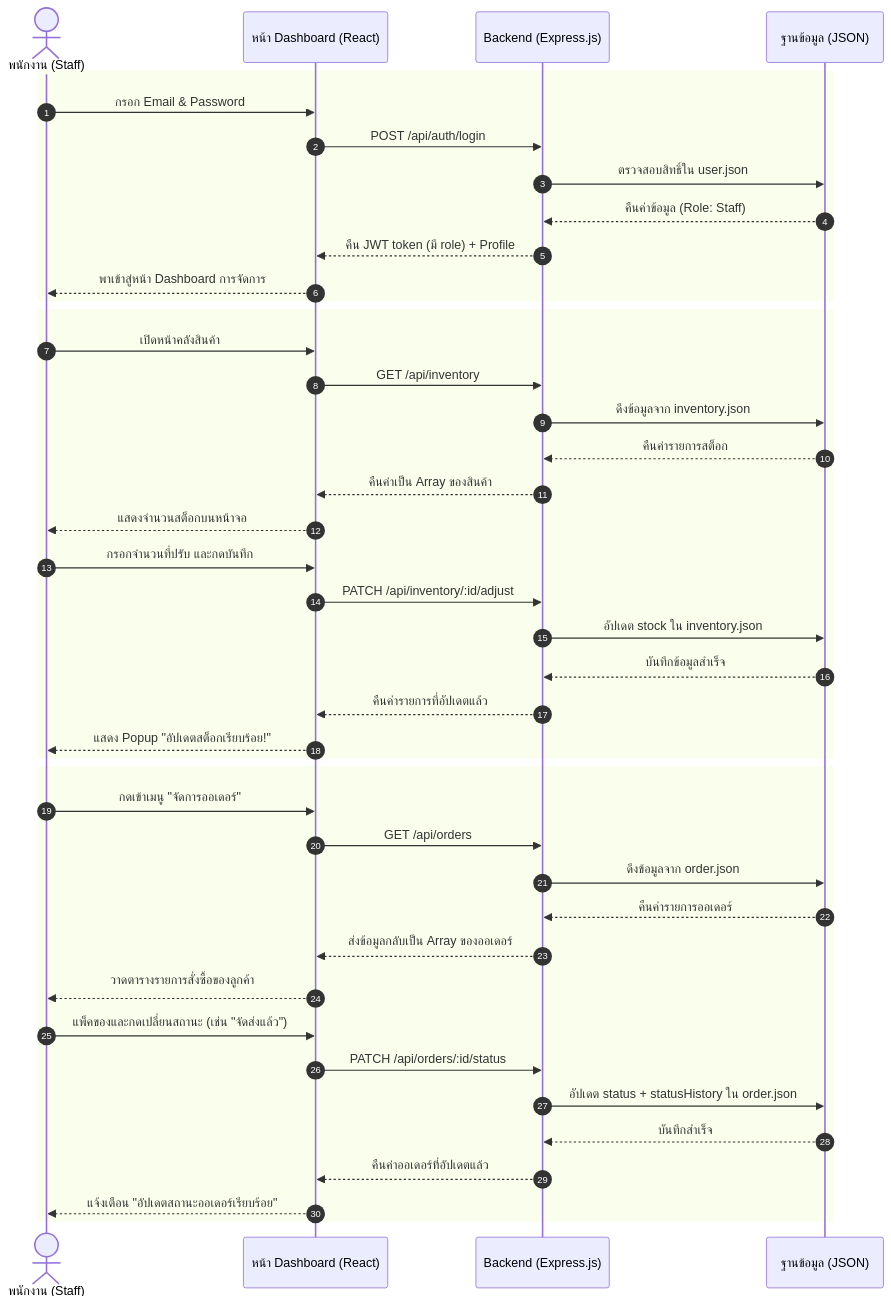
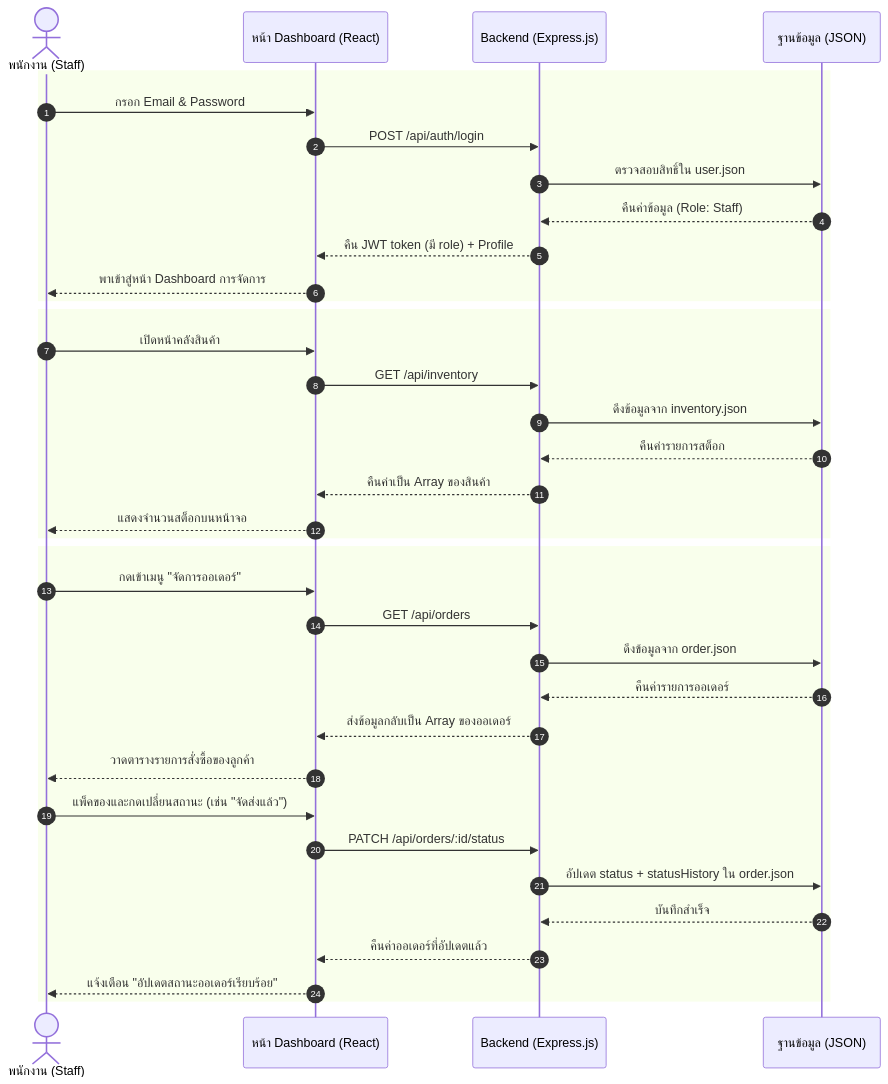
Before and after one commit to KumPong/petshop: the fourth of 6 diagrams in README.md, drawn with Mermaid. The commit also changed other lines of this file, not shown here.

Commit message:
feat: update frontend technology stack from HTML/CSS/JavaScript to Tailwind

````diff
--- a/README.md
+++ b/README.md
@@ -520,50 +520,44 @@
 ```mermaid
     sequenceDiagram
     autoNumber
     actor Staff as พนักงาน (Staff)
     participant UI as หน้า Dashboard (React)
     participant API as Backend (Express.js)
     participant DB as ฐานข้อมูล (JSON)
 
     %% เฟส 1: การเข้าสู่ระบบ (Staff Login)
     rect
         Staff->>UI: กรอก Email & Password
         UI->>API: POST /api/auth/login
         API->>DB: ตรวจสอบสิทธิ์ใน user.json
         DB-->>API: คืนค่าข้อมูล (Role: Staff)
         API-->>UI: คืน JWT token (มี role) + Profile
         UI-->>Staff: พาเข้าสู่หน้า Dashboard การจัดการ
     end
 
     %% เฟส 2: ตรวจสอบและอัปเดตสต็อก (Manage Inventory)
     rect
         Staff->>UI: เปิดหน้าคลังสินค้า
         UI->>API: GET /api/inventory
         API->>DB: ดึงข้อมูลจาก inventory.json
         DB-->>API: คืนค่ารายการสต็อก
         API-->>UI: คืนค่าเป็น Array ของสินค้า
         UI-->>Staff: แสดงจำนวนสต็อกบนหน้าจอ
-        Staff->>UI: กรอกจำนวนที่ปรับ และกดบันทึก
-        UI->>API: PATCH /api/inventory/:id/adjust
-        API->>DB: อัปเดต stock ใน inventory.json
-        DB-->>API: บันทึกข้อมูลสำเร็จ
-        API-->>UI: คืนค่ารายการที่อัปเดตแล้ว
-        UI-->>Staff: แสดง Popup "อัปเดตสต็อกเรียบร้อย!"
     end
 
     %% เฟส 3: อัปเดตสถานะคำสั่งซื้อ (Update Order Status)
     rect
         Staff->>UI: กดเข้าเมนู "จัดการออเดอร์"
         UI->>API: GET /api/orders
         API->>DB: ดึงข้อมูลจาก order.json
         DB-->>API: คืนค่ารายการออเดอร์
         API-->>UI: ส่งข้อมูลกลับเป็น Array ของออเดอร์
         UI-->>Staff: วาดตารางรายการสั่งซื้อของลูกค้า
         Staff->>UI: แพ็คของและกดเปลี่ยนสถานะ (เช่น "จัดส่งแล้ว")
         UI->>API: PATCH /api/orders/:id/status
         API->>DB: อัปเดต status + statusHistory ใน order.json
         DB-->>API: บันทึกสำเร็จ
         API-->>UI: คืนค่าออเดอร์ที่อัปเดตแล้ว
         UI-->>Staff: แจ้งเตือน "อัปเดตสถานะออเดอร์เรียบร้อย"
     end
 ```
````
